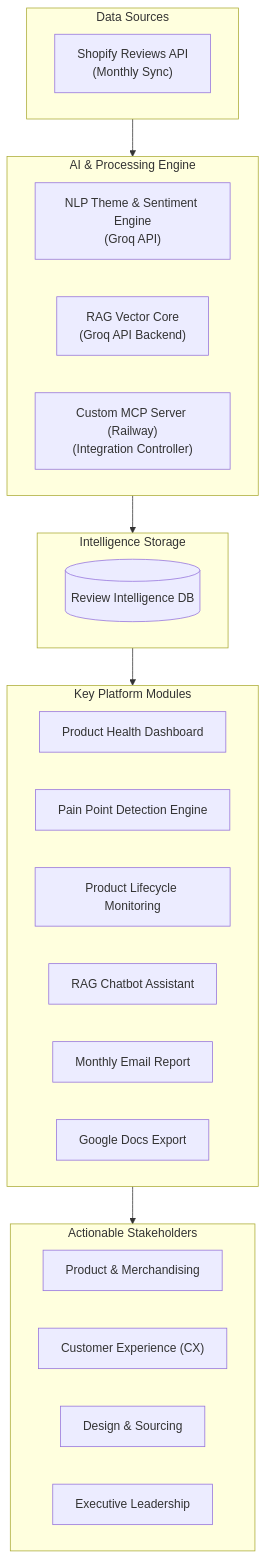
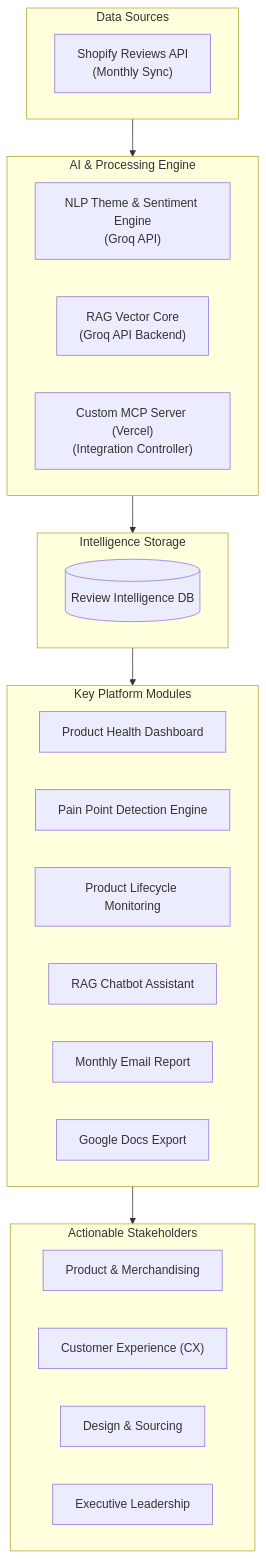
Before and after one commit to sunidhi-mishra/PopflexReviewIntelligenceDashboard: the diagram in docs/problem_statement.md, drawn with Mermaid. The commit also changed other lines of this file and 15 other files, not shown here.

````diff
--- a/docs/problem_statement.md
+++ b/docs/problem_statement.md
@@ -36,37 +36,37 @@
 ```mermaid
 flowchart TD
     subgraph Input ["Data Sources"]
         A1["Shopify Reviews API<br>(Monthly Sync)"]
     end
 
     subgraph Core ["AI & Processing Engine"]
         B1["NLP Theme & Sentiment Engine<br>(Groq API)"]
         B2["RAG Vector Core<br>(Groq API Backend)"]
-        B3["Custom MCP Server (Railway)<br>(Integration Controller)"]
+        B3["Custom MCP Server (Vercel)<br>(Integration Controller)"]
     end
 
     subgraph Data ["Intelligence Storage"]
         C[("Review Intelligence DB")]
     end
 
     subgraph Out ["Key Platform Modules"]
         D1["Product Health Dashboard"]
         D2["Pain Point Detection Engine"]
         D3["Product Lifecycle Monitoring"]
         D4["RAG Chatbot Assistant"]
         D5["Monthly Email Report"]
         D6["Google Docs Export"]
     end
 
     subgraph Teams ["Actionable Stakeholders"]
         E1["Product & Merchandising"]
         E2["Customer Experience (CX)"]
         E3["Design & Sourcing"]
         E4["Executive Leadership"]
     end
 
     Input --> Core
     Core --> Data
     Data --> Out
     Out --> Teams
 ```
````
